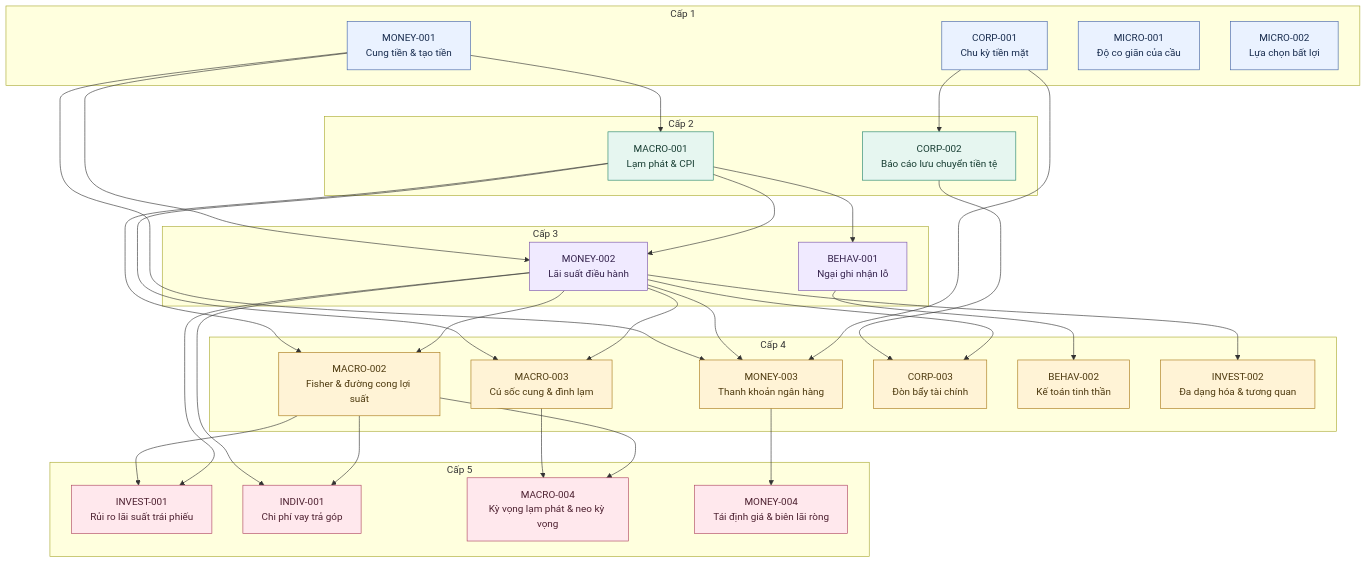
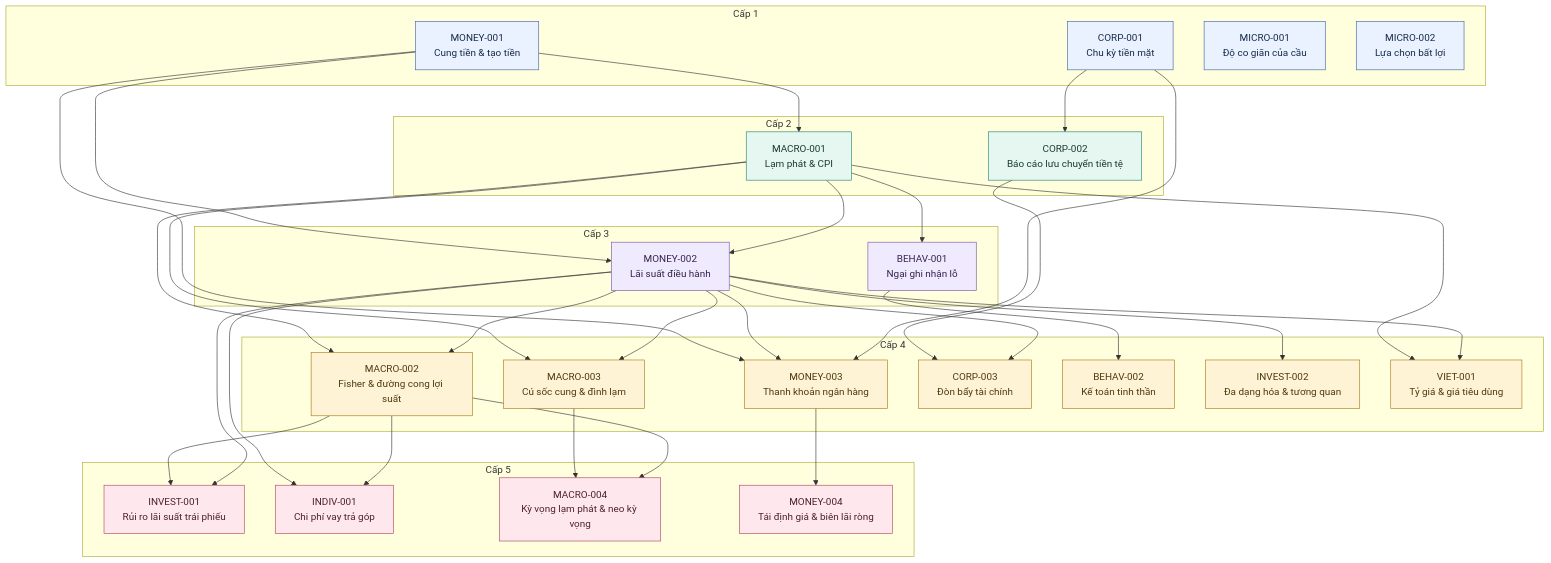
The diagram in LEARNED.md (lewisnguyen32/Eco-Random-Learning), drawn with Mermaid before and after one commit. The commit also changed other lines of this file and 4 other files, not shown here.

````diff
--- a/LEARNED.md
+++ b/LEARNED.md
@@ -15,71 +15,74 @@
 ```mermaid
 flowchart TB
     subgraph LEVEL_1["Cấp 1"]
         MONEY_001["MONEY-001<br/>Cung tiền & tạo tiền"]
         CORP_001["CORP-001<br/>Chu kỳ tiền mặt"]
         MICRO_001["MICRO-001<br/>Độ co giãn của cầu"]
         MICRO_002["MICRO-002<br/>Lựa chọn bất lợi"]
     end
 
     subgraph LEVEL_2["Cấp 2"]
         MACRO_001["MACRO-001<br/>Lạm phát & CPI"]
         CORP_002["CORP-002<br/>Báo cáo lưu chuyển tiền tệ"]
     end
 
     subgraph LEVEL_3["Cấp 3"]
         MONEY_002["MONEY-002<br/>Lãi suất điều hành"]
         BEHAV_001["BEHAV-001<br/>Ngại ghi nhận lỗ"]
     end
 
     subgraph LEVEL_4["Cấp 4"]
         MONEY_003["MONEY-003<br/>Thanh khoản ngân hàng"]
         MACRO_002["MACRO-002<br/>Fisher & đường cong lợi suất"]
         MACRO_003["MACRO-003<br/>Cú sốc cung & đình lạm"]
         CORP_003["CORP-003<br/>Đòn bẩy tài chính"]
         BEHAV_002["BEHAV-002<br/>Kế toán tinh thần"]
         INVEST_002["INVEST-002<br/>Đa dạng hóa & tương quan"]
+        VIET_001["VIET-001<br/>Tỷ giá & giá tiêu dùng"]
     end
 
     subgraph LEVEL_5["Cấp 5"]
         INVEST_001["INVEST-001<br/>Rủi ro lãi suất trái phiếu"]
         INDIV_001["INDIV-001<br/>Chi phí vay trả góp"]
         MACRO_004["MACRO-004<br/>Kỳ vọng lạm phát & neo kỳ vọng"]
         MONEY_004["MONEY-004<br/>Tái định giá & biên lãi ròng"]
     end
 
     MONEY_001 --> MACRO_001
     CORP_001 --> CORP_002
     MONEY_001 --> MONEY_002
     MACRO_001 --> MONEY_002
     MACRO_001 --> BEHAV_001
     MONEY_001 --> MONEY_003
     MONEY_002 --> MONEY_003
     CORP_001 --> MONEY_003
     MACRO_001 --> MACRO_002
     MONEY_002 --> MACRO_002
     MACRO_001 --> MACRO_003
     MONEY_002 --> MACRO_003
     MACRO_002 --> INVEST_001
     MONEY_002 --> INVEST_001
     MONEY_002 --> INDIV_001
     MACRO_002 --> INDIV_001
     CORP_002 --> CORP_003
     MONEY_002 --> CORP_003
     BEHAV_001 --> BEHAV_002
     MONEY_002 --> INVEST_002
     MACRO_003 --> MACRO_004
     MACRO_002 --> MACRO_004
     MONEY_003 --> MONEY_004
+    MACRO_001 --> VIET_001
+    MONEY_002 --> VIET_001
 
     classDef level1 fill:#eaf2ff,stroke:#4263a8,color:#172b4d
     classDef level2 fill:#e6f6f0,stroke:#25856b,color:#173d32
     classDef level3 fill:#f0eaff,stroke:#7952a8,color:#35234d
     classDef level4 fill:#fff3d6,stroke:#a87918,color:#4d390e
     classDef level5 fill:#ffe8ed,stroke:#ae4560,color:#4d2030
     class MONEY_001,CORP_001,MICRO_001,MICRO_002 level1
     class MACRO_001,CORP_002 level2
     class MONEY_002,BEHAV_001 level3
-    class MONEY_003,MACRO_002,MACRO_003,CORP_003,BEHAV_002,INVEST_002 level4
+    class MONEY_003,MACRO_002,MACRO_003,CORP_003,BEHAV_002,INVEST_002,VIET_001 level4
     class INVEST_001,INDIV_001,MACRO_004 level5
     class MONEY_004 level5
 ```
````
